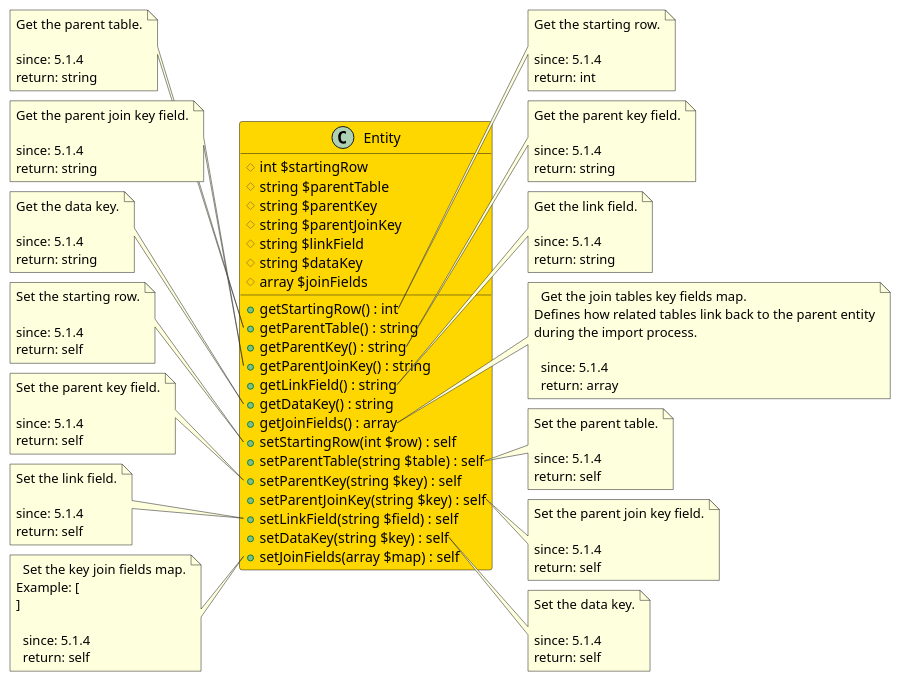
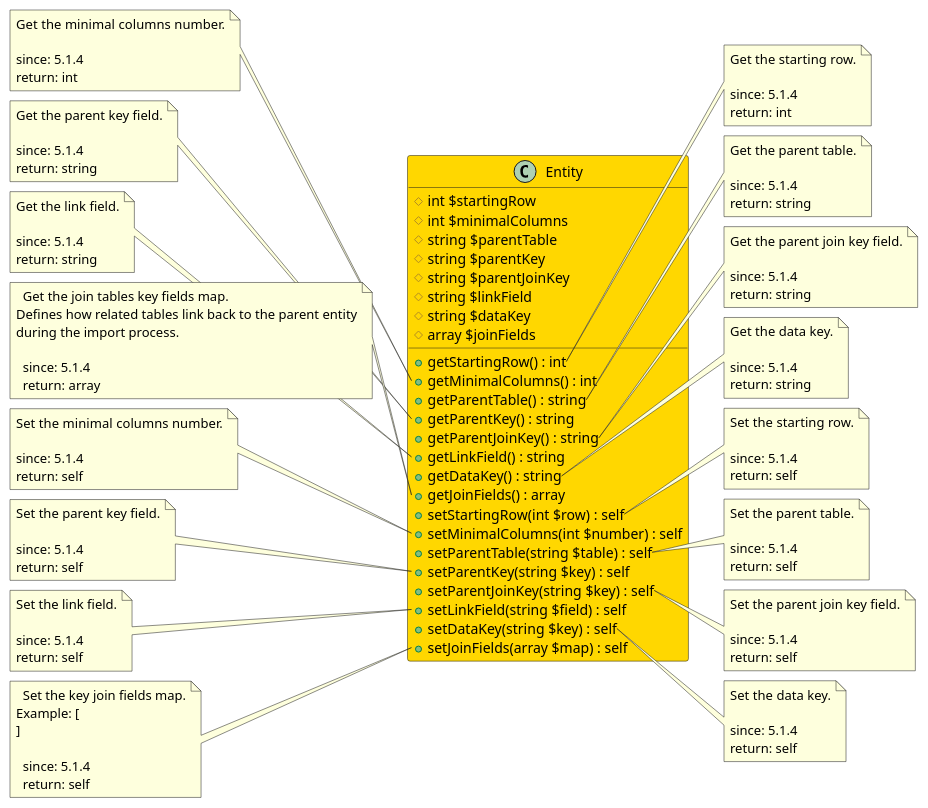
One commit to joomengine/super-powers changed the diagram in src/ae8978fd-bfd3-45a3-97ef-1b8bf2140c10/README.md. Above: the diagram before and after it, drawn with PlantUML. The commit also changed 24 other files, not shown here.

```diff
--- a/src/ae8978fd-bfd3-45a3-97ef-1b8bf2140c10/README.md
+++ b/src/ae8978fd-bfd3-45a3-97ef-1b8bf2140c10/README.md
@@ -7,6 +7,7 @@
 
 class Entity  #Gold {
   # int $startingRow
+  # int $minimalColumns
   # string $parentTable
   # string $parentKey
   # string $parentJoinKey
@@ -14,6 +15,7 @@
   # string $dataKey
   # array $joinFields
   + getStartingRow() : int
+  + getMinimalColumns() : int
   + getParentTable() : string
   + getParentKey() : string
   + getParentJoinKey() : string
@@ -21,6 +23,7 @@
   + getDataKey() : string
   + getJoinFields() : array
   + setStartingRow(int $row) : self
+  + setMinimalColumns(int $number) : self
   + setParentTable(string $table) : self
   + setParentKey(string $key) : self
   + setParentJoinKey(string $key) : self
@@ -36,42 +39,49 @@
   return: int
 end note
 
-note left of Entity::getParentTable
+note left of Entity::getMinimalColumns
+  Get the minimal columns number.
+
+  since: 5.1.4
+  return: int
+end note
+
+note right of Entity::getParentTable
   Get the parent table.
 
   since: 5.1.4
   return: string
 end note
 
-note right of Entity::getParentKey
+note left of Entity::getParentKey
   Get the parent key field.
 
   since: 5.1.4
   return: string
 end note
 
-note left of Entity::getParentJoinKey
+note right of Entity::getParentJoinKey
   Get the parent join key field.
 
   since: 5.1.4
   return: string
 end note
 
-note right of Entity::getLinkField
+note left of Entity::getLinkField
   Get the link field.
 
   since: 5.1.4
   return: string
 end note
 
-note left of Entity::getDataKey
+note right of Entity::getDataKey
   Get the data key.
 
   since: 5.1.4
   return: string
 end note
 
-note right of Entity::getJoinFields
+note left of Entity::getJoinFields
   Get the join tables key fields map.
 Defines how related tables link back to the parent entity
 during the import process.
@@ -80,8 +90,15 @@
   return: array
 end note
 
-note left of Entity::setStartingRow
+note right of Entity::setStartingRow
   Set the starting row.
+
+  since: 5.1.4
+  return: self
+end note
+
+note left of Entity::setMinimalColumns
+  Set the minimal columns number.
 
   since: 5.1.4
   return: self
```
